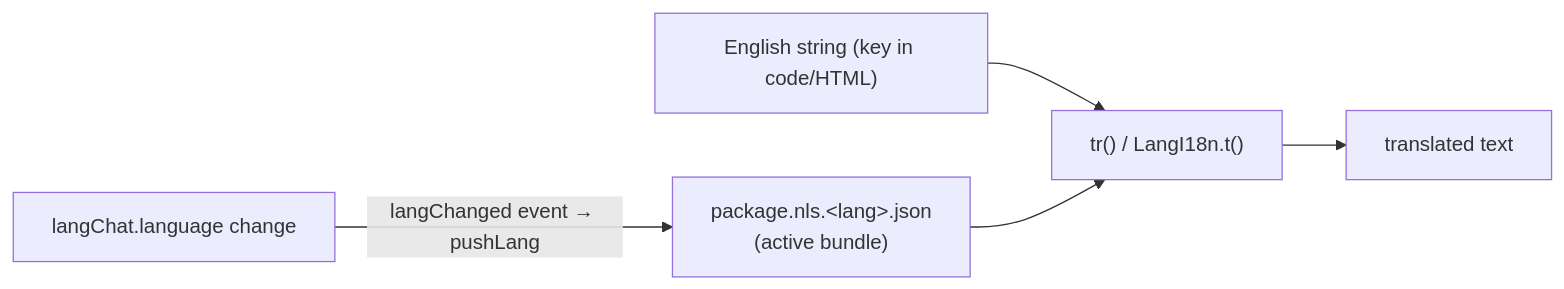
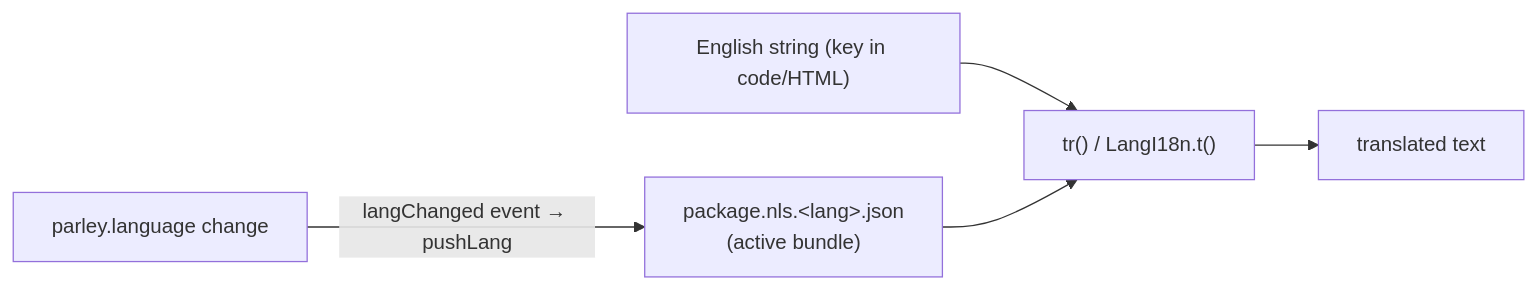
Before and after one commit to enavarre-cl/parley: the eighth of 8 diagrams in ARCHITECTURE.md, drawn with Mermaid. The commit also changed other lines of this file and 31 other files, not shown here.

````diff
--- a/ARCHITECTURE.md
+++ b/ARCHITECTURE.md
@@ -317,7 +317,7 @@
 ```mermaid
 graph LR
   KEY["English string (key in code/HTML)"] --> TR["tr() / LangI18n.t()"]
   BUNDLE["package.nls.&lt;lang&gt;.json<br/>(active bundle)"] --> TR
   TR --> OUT["translated text"]
-  SET["langChat.language change"] -- "langChanged event → pushLang" --> BUNDLE
+  SET["parley.language change"] -- "langChanged event → pushLang" --> BUNDLE
 ```
````
